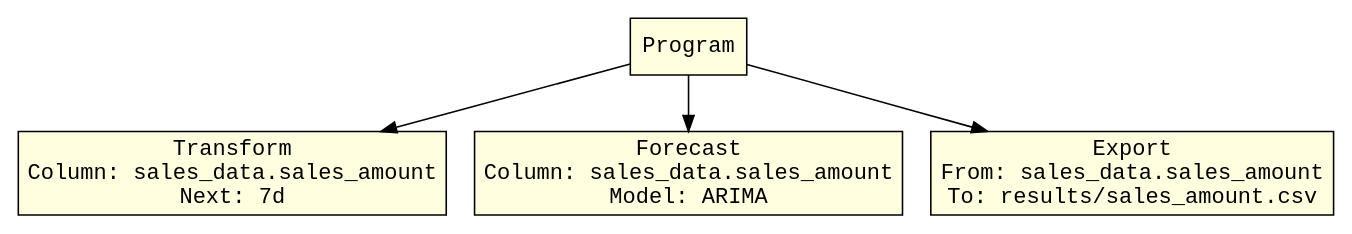
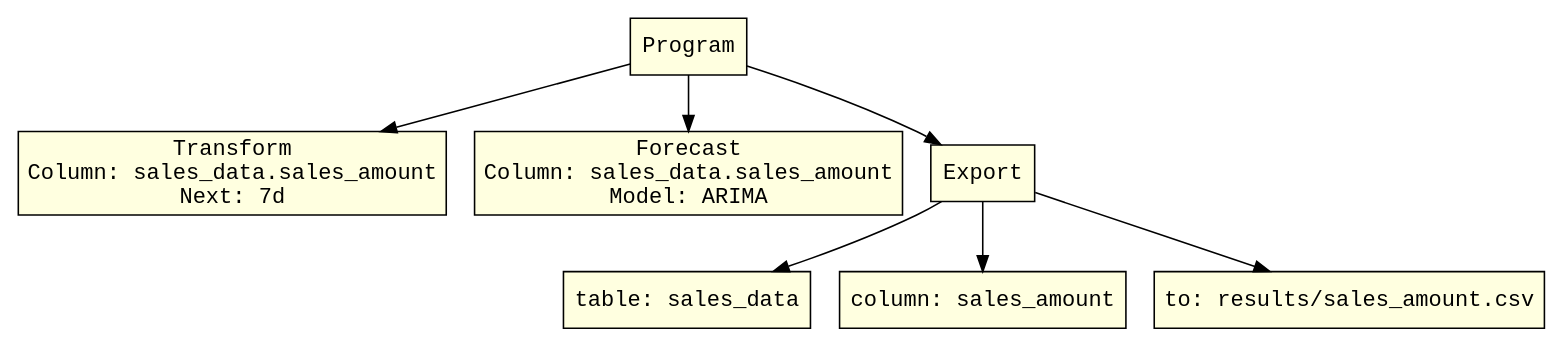
One commit to Dackohn/ChronoLang changed the diagram in LexerParser/ast.dot. Above: the diagram before and after it, drawn with Graphviz. The commit also changed 7 other files, not shown here.

Commit message:
Fixed to return separately the table and column in export

```diff
--- a/LexerParser/ast.dot
+++ b/LexerParser/ast.dot
@@ -1,10 +1,16 @@
 digraph AST {
   node [fontname="Courier"];
   node0 [label="Program", shape=box, style=filled, fillcolor=lightyellow];
   node1 [label="Transform\nColumn: sales_data.sales_amount\nNext: 7d", shape=box, style=filled, fillcolor=lightyellow];
   node0 -> node1;
   node2 [label="Forecast\nColumn: sales_data.sales_amount\nModel: ARIMA", shape=box, style=filled, fillcolor=lightyellow];
   node0 -> node2;
-  node3 [label="Export\nFrom: sales_data.sales_amount\nTo: results/sales_amount.csv", shape=box, style=filled, fillcolor=lightyellow];
+  node3 [label="Export", shape=box, style=filled, fillcolor=lightyellow];
+  node4 [label="table: sales_data", shape=box, style=filled, fillcolor=lightyellow];
+  node3 -> node4;
+  node5 [label="column: sales_amount", shape=box, style=filled, fillcolor=lightyellow];
+  node3 -> node5;
+  node6 [label="to: results/sales_amount.csv", shape=box, style=filled, fillcolor=lightyellow];
+  node3 -> node6;
   node0 -> node3;
 }
```
